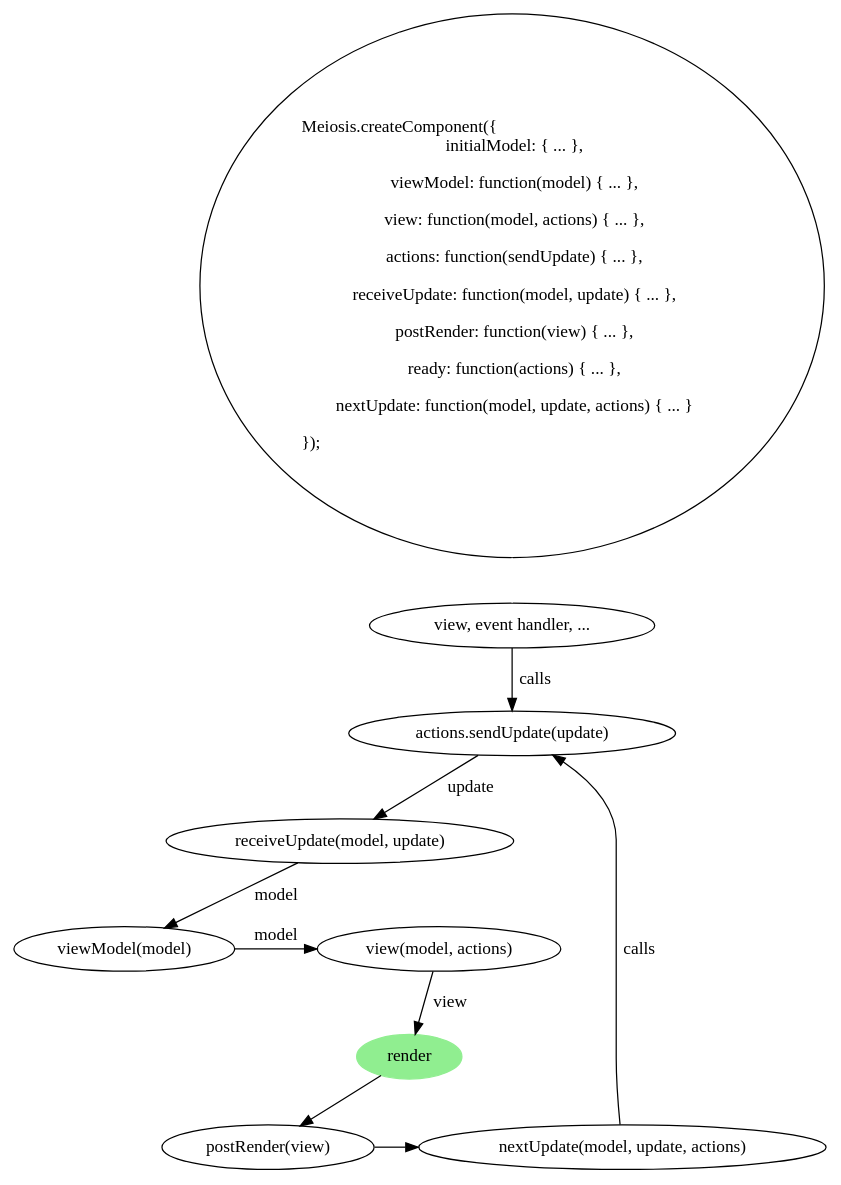
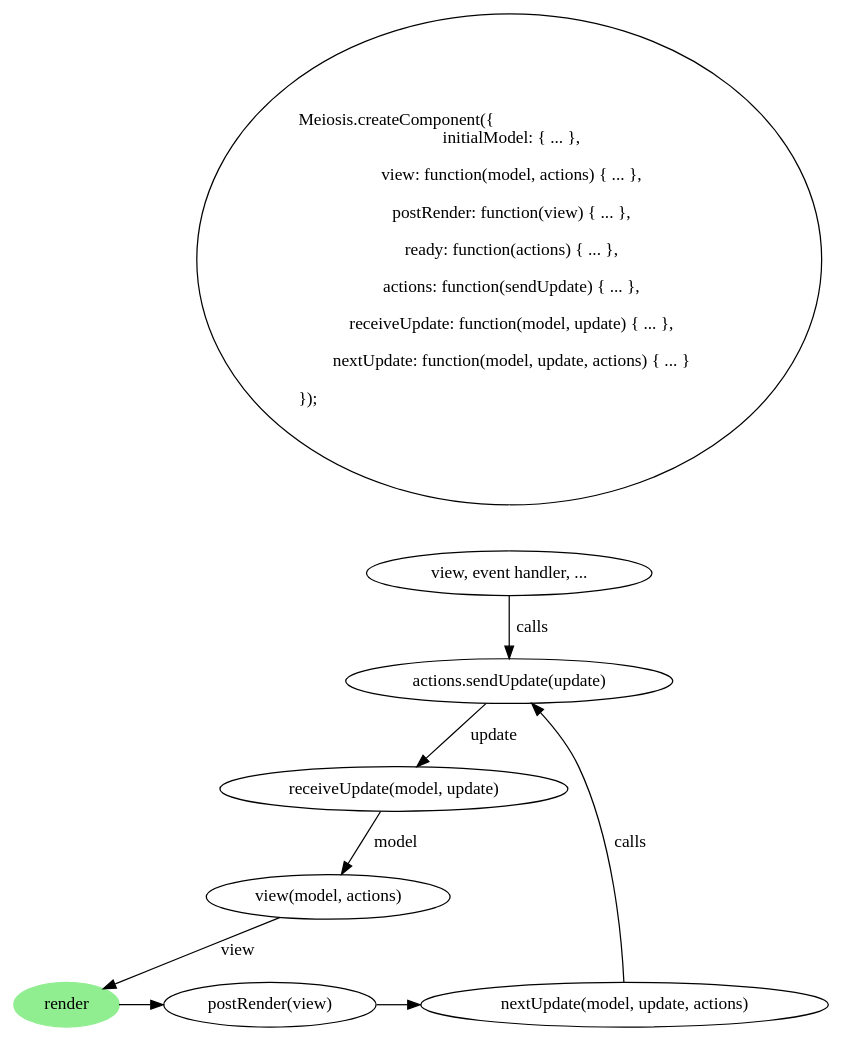
One commit to foxdonut/meiosis-guide changed the diagram in images/meiosis_update.dot. Above: the diagram before and after it, drawn with Graphviz. The commit also changed 11 other files, not shown here.

```diff
--- a/images/meiosis_update.dot
+++ b/images/meiosis_update.dot
@@ -1,33 +1,29 @@
 digraph meiosis_update {
   createComponent [fontname=Hack, label = "\lMeiosis.createComponent(\{\l\ \ initialModel: \{ ... \},
-    \l  viewModel: function(model) \{ ... \},
     \l  view: function(model, actions) \{ ... \},
+    \l  postRender: function(view) \{ ... \},
+    \l  ready: function(actions) \{ ... \},
     \l  actions: function(sendUpdate) \{ ... \},
     \l  receiveUpdate: function(model, update) \{ ... \},
-    \l  postRender: function(view) \{ ... \},
-    \l  ready: function(actions) \{ ... \},
     \l  nextUpdate: function(model, update, actions) \{ ... \}
     \l\});\l\l"]
 
   trigger [label = "view, event handler, ..."]
   sendUpdate [label = "actions.sendUpdate(update)", fontname=Hack]
   receiveUpdate [label = "receiveUpdate(model, update)", fontname=Hack]
-  viewModel [label = "viewModel(model)", fontname=Hack]
   view [label = "view(model, actions)", fontname=Hack]
   render [style=filled, color=lightgreen]
   postRender [label = "postRender(view)", fontname=Hack]
   nextUpdate [label = "nextUpdate(model, update, actions)", fontname=Hack]
 
-  {rank=same; viewModel view}
-  {rank=same; postRender nextUpdate}
+  {rank=same; render postRender nextUpdate}
 
   createComponent -> trigger [arrowhead=none, arrowtail=empty, color=white]
   trigger -> sendUpdate [label = " calls"]
   sendUpdate -> receiveUpdate [label = " update"]
-  receiveUpdate -> viewModel [label = " model"]
-  viewModel -> view [label = " model"]
+  receiveUpdate -> view [label = " model"]
   view -> render [label = " view"]
   render -> postRender
   postRender -> nextUpdate
   nextUpdate -> sendUpdate [label = " calls"]
 }
```
